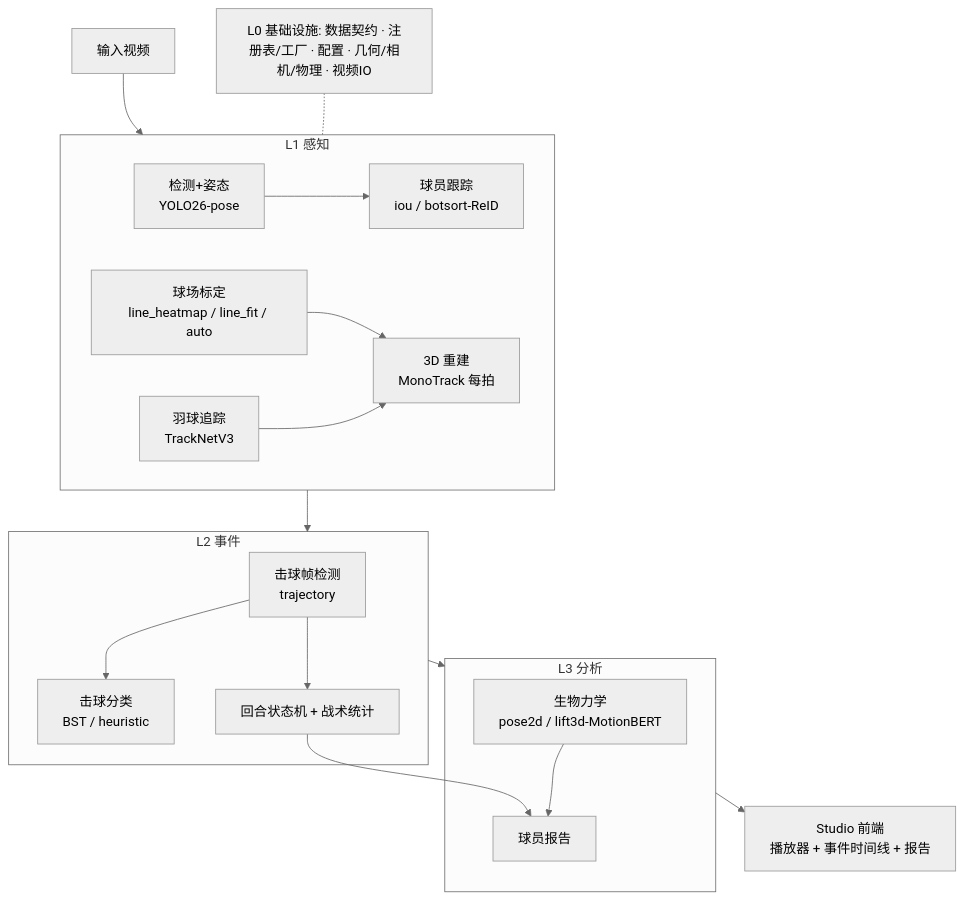
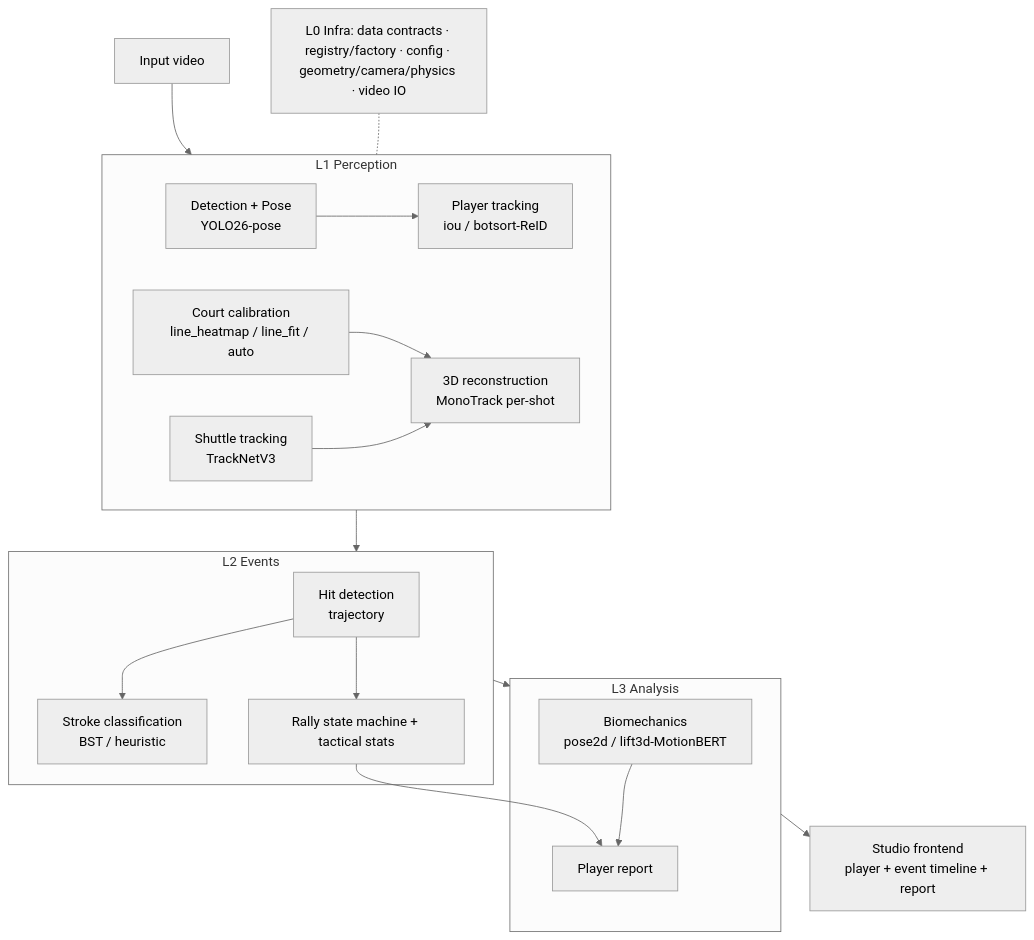
One commit to BMProjects/BadmintonCoach changed the diagram in README.md. Above: the diagram before and after it, drawn with Mermaid (neutral theme). The commit also changed other lines of this file, not shown here.

````diff
--- a/README.md
+++ b/README.md
@@ -17,24 +21,24 @@
 ```mermaid
 flowchart TD
-    V[输入视频] --> L1
-    subgraph L1[L1 感知]
-      D[检测+姿态<br/>YOLO26-pose] --> T[球员跟踪<br/>iou / botsort-ReID]
-      S[羽球追踪<br/>TrackNetV3]
-      C[球场标定<br/>line_heatmap / line_fit / auto]
-      C --> R3[3D 重建<br/>MonoTrack 每拍]
+    V[Input video] --> L1
+    subgraph L1[L1 Perception]
+      D[Detection + Pose<br/>YOLO26-pose] --> T[Player tracking<br/>iou / botsort-ReID]
+      S[Shuttle tracking<br/>TrackNetV3]
+      C[Court calibration<br/>line_heatmap / line_fit / auto]
+      C --> R3[3D reconstruction<br/>MonoTrack per-shot]
       S --> R3
     end
     L1 --> L2
-    subgraph L2[L2 事件]
-      H[击球帧检测<br/>trajectory] --> SC[击球分类<br/>BST / heuristic]
-      H --> RA[回合状态机 + 战术统计]
+    subgraph L2[L2 Events]
+      H[Hit detection<br/>trajectory] --> SC[Stroke classification<br/>BST / heuristic]
+      H --> RA[Rally state machine + tactical stats]
     end
     L2 --> L3
-    subgraph L3[L3 分析]
-      BM[生物力学<br/>pose2d / lift3d-MotionBERT]
-      RA --> RP[球员报告]
+    subgraph L3[L3 Analysis]
+      BM[Biomechanics<br/>pose2d / lift3d-MotionBERT]
+      RA --> RP[Player report]
       BM --> RP
     end
-    L3 --> UI[Studio 前端<br/>播放器 + 事件时间线 + 报告]
-    L0[L0 基础设施: 数据契约 · 注册表/工厂 · 配置 · 几何/相机/物理 · 视频IO] -.- L1
+    L3 --> UI[Studio frontend<br/>player + event timeline + report]
+    L0[L0 Infra: data contracts · registry/factory · config · geometry/camera/physics · video IO] -.- L1
 ```
````
